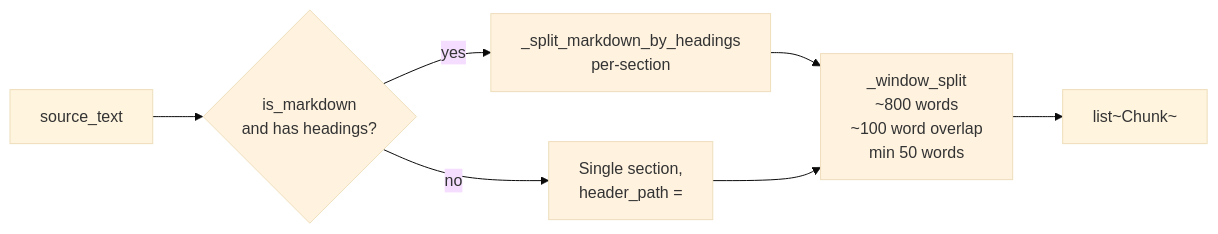
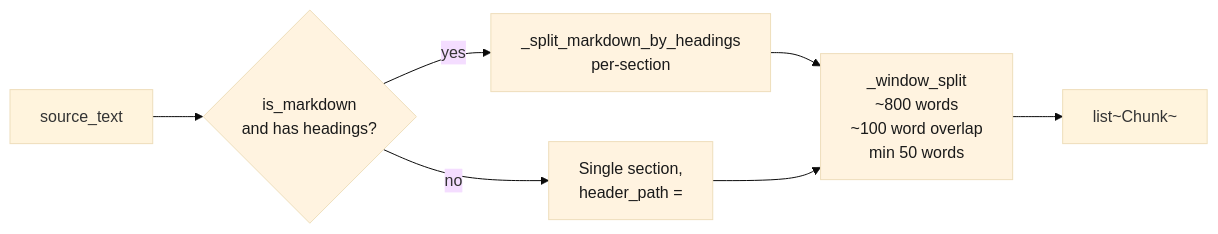
Before and after one commit to Dockdep/LessonHub: the third of 4 diagrams in diagrams/rag/ingest.md, drawn with Mermaid (base theme). The commit also changed 26 other files, not shown here.

````diff
--- a/diagrams/rag/ingest.md
+++ b/diagrams/rag/ingest.md
@@ -92,18 +92,18 @@
 ```mermaid
 flowchart LR
-  classDef step fill:#fff3e0
+  classDef step fill:#fff3e0,color:#1a1a1a
 
   src[source_text]
   md{is_markdown<br/>and has headings?}:::step
   hsplit[_split_markdown_by_headings<br/>per-section]:::step
   flat[Single section,<br/>header_path = ""]:::step
   win[_window_split<br/>~800 words<br/>~100 word overlap<br/>min 50 words]:::step
   out[list~Chunk~]
 
   src --> md
   md -- yes --> hsplit
   md -- no --> flat
   hsplit --> win
   flat --> win
   win --> out
 ```
````
